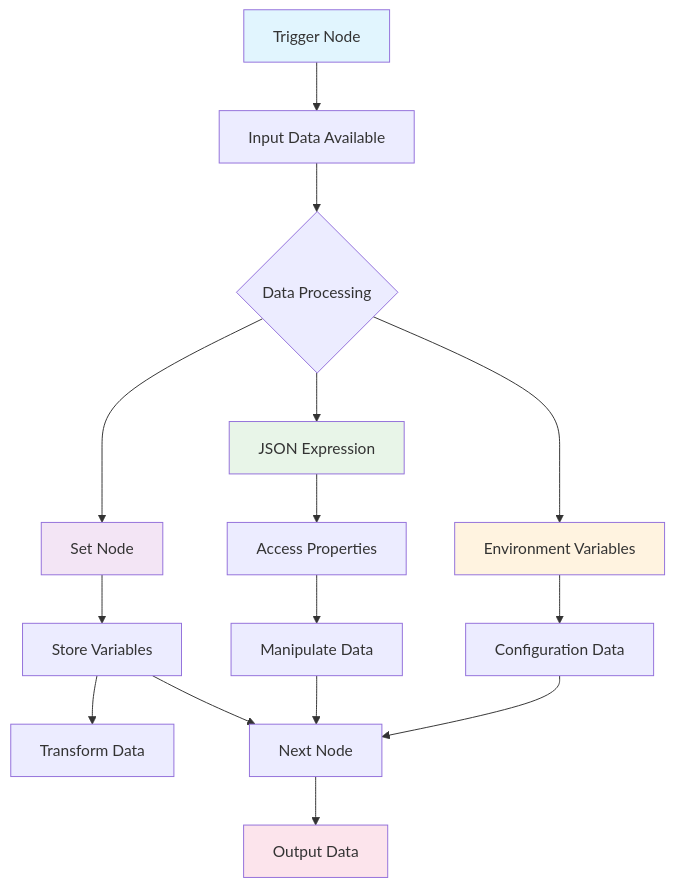
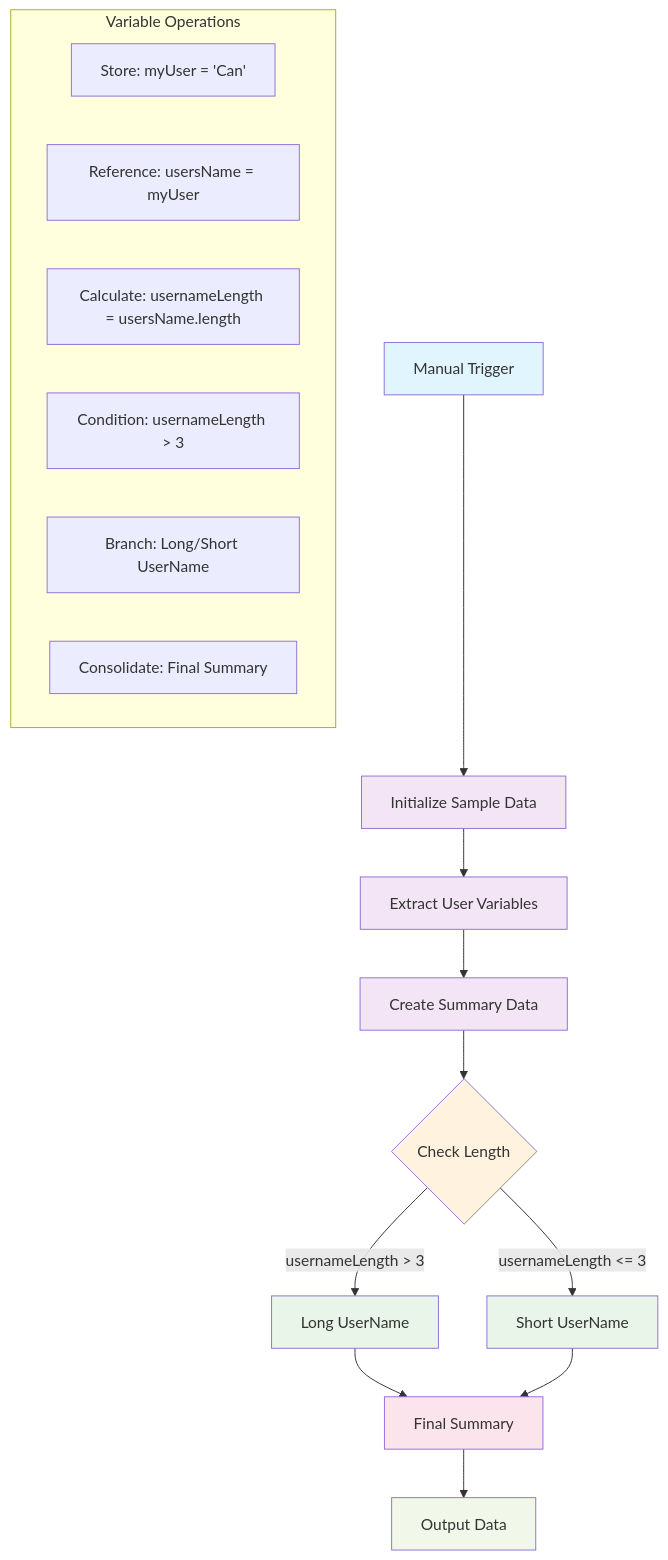
Before and after one commit to rifaterdemsahin/n8n_course: the diagram in 5_Symbols/Working with Variables/README.md, drawn with Mermaid. The commit also changed other lines of this file and 1 other file, not shown here.

Commit message:
Enhance README.md for Working with Variables by adding a workflow overview, detailed explanations of conditional logic with IF nodes, and practical examples of Set node configurations. Update table of contents and best practices for improved clarity and usability.

````diff
--- a/5_Symbols/Working with Variables/README.md
+++ b/5_Symbols/Working with Variables/README.md
@@ -129,28 +310,34 @@
 ```mermaid
 graph TD
-    A[Trigger Node] --> B[Input Data Available]
-    B --> C{Data Processing}
+    A[Manual Trigger] --> B[Initialize Sample Data]
+    B --> C[Extract User Variables]
+    C --> D[Create Summary Data]
+    D --> E{Check Length}
     
-    C --> D[Set Node]
-    D --> E[Store Variables]
-    E --> F[Transform Data]
+    E -->|usernameLength > 3| F[Long UserName]
+    E -->|usernameLength <= 3| G[Short UserName]
     
-    C --> G[JSON Expression]
-    G --> H[Access Properties]
-    H --> I[Manipulate Data]
+    F --> H[Final Summary]
+    G --> H
     
-    C --> J[Environment Variables]
-    J --> K[Configuration Data]
+    H --> I[Output Data]
     
-    E --> L[Next Node]
-    I --> L
-    K --> L
-    
-    L --> M[Output Data]
+    subgraph "Variable Operations"
+        J[Store: myUser = 'Can']
+        K[Reference: usersName = myUser]
+        L[Calculate: usernameLength = usersName.length]
+        M[Condition: usernameLength > 3]
+        N[Branch: Long/Short UserName]
+        O[Consolidate: Final Summary]
+    end
     
     style A fill:#e1f5fe
+    style B fill:#f3e5f5
+    style C fill:#f3e5f5
     style D fill:#f3e5f5
+    style E fill:#fff3e0
+    style F fill:#e8f5e8
     style G fill:#e8f5e8
-    style J fill:#fff3e0
-    style M fill:#fce4ec
+    style H fill:#fce4ec
+    style I fill:#f1f8e9
 ```
````
